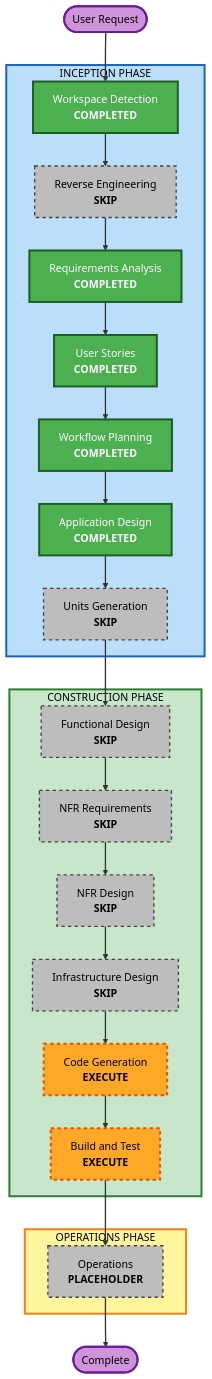
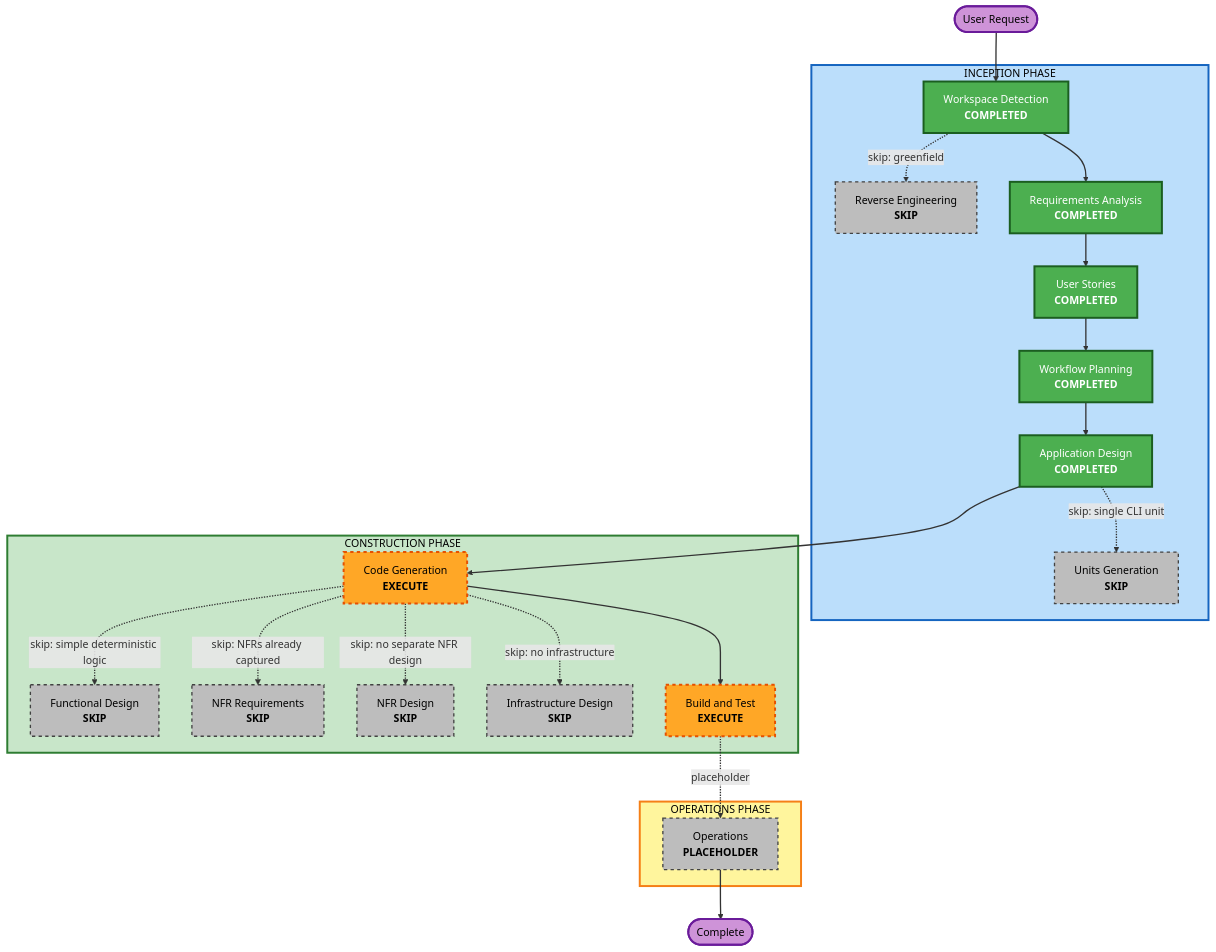
Before and after one commit to ririumu/CueLint: the diagram in aidlc-docs/inception/plans/execution-plan.md, drawn with Mermaid. The commit also changed 4 other files, not shown here.

````diff
--- a/aidlc-docs/inception/plans/execution-plan.md
+++ b/aidlc-docs/inception/plans/execution-plan.md
@@ -27,64 +27,64 @@
 ```mermaid
 flowchart TD
     Start(["User Request"])
 
     subgraph INCEPTION["INCEPTION PHASE"]
         WD["Workspace Detection<br/><b>COMPLETED</b>"]
         RE["Reverse Engineering<br/><b>SKIP</b>"]
         RA["Requirements Analysis<br/><b>COMPLETED</b>"]
         US["User Stories<br/><b>COMPLETED</b>"]
         WP["Workflow Planning<br/><b>COMPLETED</b>"]
         AD["Application Design<br/><b>COMPLETED</b>"]
         UG["Units Generation<br/><b>SKIP</b>"]
     end
 
     subgraph CONSTRUCTION["CONSTRUCTION PHASE"]
         FD["Functional Design<br/><b>SKIP</b>"]
         NFRA["NFR Requirements<br/><b>SKIP</b>"]
         NFRD["NFR Design<br/><b>SKIP</b>"]
         ID["Infrastructure Design<br/><b>SKIP</b>"]
         CG["Code Generation<br/><b>EXECUTE</b>"]
         BT["Build and Test<br/><b>EXECUTE</b>"]
     end
 
     subgraph OPERATIONS["OPERATIONS PHASE"]
         OPS["Operations<br/><b>PLACEHOLDER</b>"]
     end
 
     Start --> WD
-    WD --> RE
-    RE --> RA
+    WD -.->|skip: greenfield| RE
+    WD --> RA
     RA --> US
     US --> WP
     WP --> AD
-    AD --> UG
-    UG --> FD
-    FD --> NFRA
-    NFRA --> NFRD
-    NFRD --> ID
-    ID --> CG
+    AD -.->|skip: single CLI unit| UG
+    AD --> CG
+    CG -.->|skip: simple deterministic logic| FD
+    CG -.->|skip: NFRs already captured| NFRA
+    CG -.->|skip: no separate NFR design| NFRD
+    CG -.->|skip: no infrastructure| ID
     CG --> BT
-    BT --> OPS
+    BT -.->|placeholder| OPS
     OPS --> End(["Complete"])
 
     style WD fill:#4CAF50,stroke:#1B5E20,stroke-width:3px,color:#fff
     style RA fill:#4CAF50,stroke:#1B5E20,stroke-width:3px,color:#fff
     style WP fill:#4CAF50,stroke:#1B5E20,stroke-width:3px,color:#fff
     style CG fill:#FFA726,stroke:#E65100,stroke-width:3px,stroke-dasharray: 5 5,color:#000
     style BT fill:#FFA726,stroke:#E65100,stroke-width:3px,stroke-dasharray: 5 5,color:#000
     style RE fill:#BDBDBD,stroke:#424242,stroke-width:2px,stroke-dasharray: 5 5,color:#000
     style US fill:#4CAF50,stroke:#1B5E20,stroke-width:3px,color:#fff
     style AD fill:#4CAF50,stroke:#1B5E20,stroke-width:3px,color:#fff
     style UG fill:#BDBDBD,stroke:#424242,stroke-width:2px,stroke-dasharray: 5 5,color:#000
     style FD fill:#BDBDBD,stroke:#424242,stroke-width:2px,stroke-dasharray: 5 5,color:#000
     style NFRA fill:#BDBDBD,stroke:#424242,stroke-width:2px,stroke-dasharray: 5 5,color:#000
     style NFRD fill:#BDBDBD,stroke:#424242,stroke-width:2px,stroke-dasharray: 5 5,color:#000
     style ID fill:#BDBDBD,stroke:#424242,stroke-width:2px,stroke-dasharray: 5 5,color:#000
     style OPS fill:#BDBDBD,stroke:#424242,stroke-width:2px,stroke-dasharray: 5 5,color:#000
     style Start fill:#CE93D8,stroke:#6A1B9A,stroke-width:3px,color:#000
     style End fill:#CE93D8,stroke:#6A1B9A,stroke-width:3px,color:#000
     style INCEPTION fill:#BBDEFB,stroke:#1565C0,stroke-width:3px,color:#000
     style CONSTRUCTION fill:#C8E6C9,stroke:#2E7D32,stroke-width:3px,color:#000
     style OPERATIONS fill:#FFF59D,stroke:#F57F17,stroke-width:3px,color:#000
     linkStyle default stroke:#333,stroke-width:2px
 ```
````
